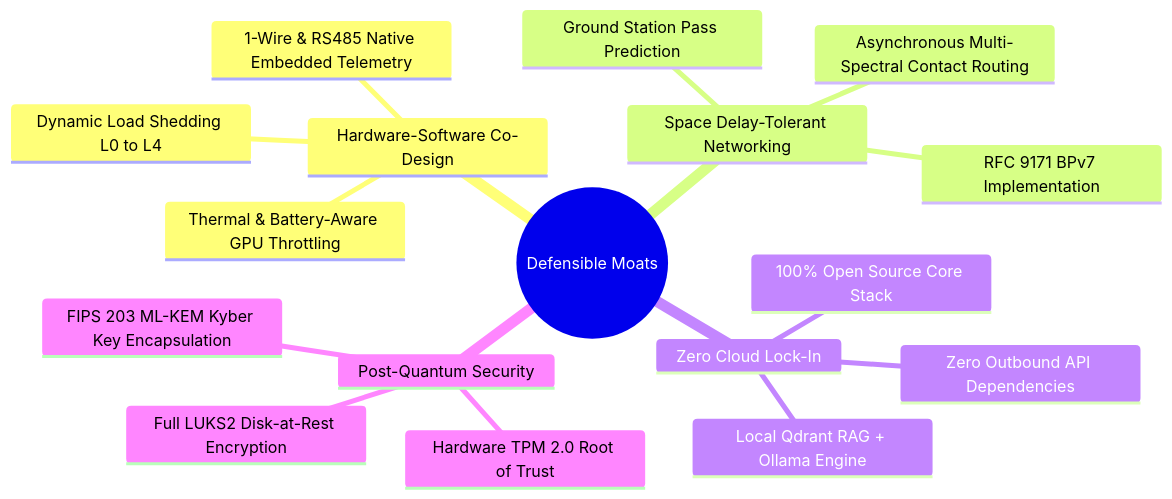
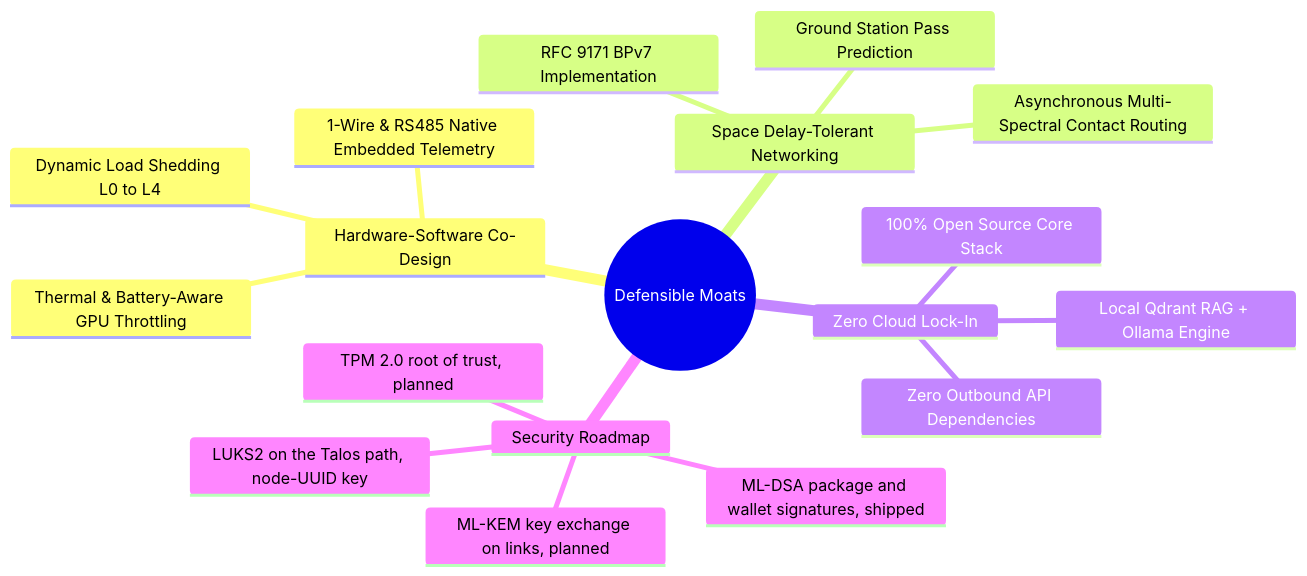
Before and after one commit to iliachry/sovereign-mini-datacenter: the fifth of 5 diagrams in COMMERCIALIZATION.md, drawn with Mermaid. The commit also changed other lines of this file and 91 other files, not shown here.

````diff
--- a/COMMERCIALIZATION.md
+++ b/COMMERCIALIZATION.md
@@ -178,20 +180,21 @@
 ```mermaid
 mindmap
   root((Defensible Moats))
     Hardware-Software Co-Design
       Dynamic Load Shedding L0 to L4
       Thermal & Battery-Aware GPU Throttling
       1-Wire & RS485 Native Embedded Telemetry
     Space Delay-Tolerant Networking
       RFC 9171 BPv7 Implementation
       Ground Station Pass Prediction
       Asynchronous Multi-Spectral Contact Routing
     Zero Cloud Lock-In
       100% Open Source Core Stack
       Local Qdrant RAG + Ollama Engine
       Zero Outbound API Dependencies
-    Post-Quantum Security
-      Hardware TPM 2.0 Root of Trust
-      FIPS 203 ML-KEM Kyber Key Encapsulation
-      Full LUKS2 Disk-at-Rest Encryption
+    Security Roadmap
+      ML-DSA package and wallet signatures, shipped
+      TPM 2.0 root of trust, planned
+      ML-KEM key exchange on links, planned
+      LUKS2 on the Talos path, node-UUID key
 ```
````
